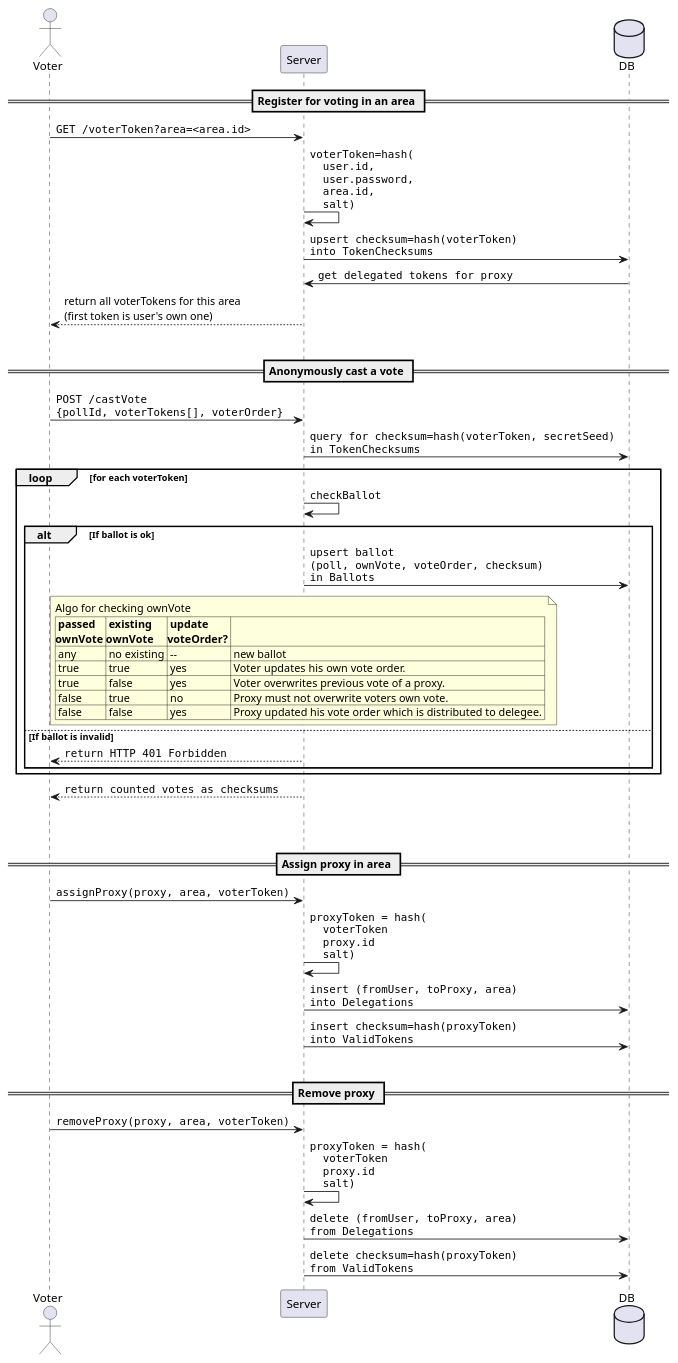
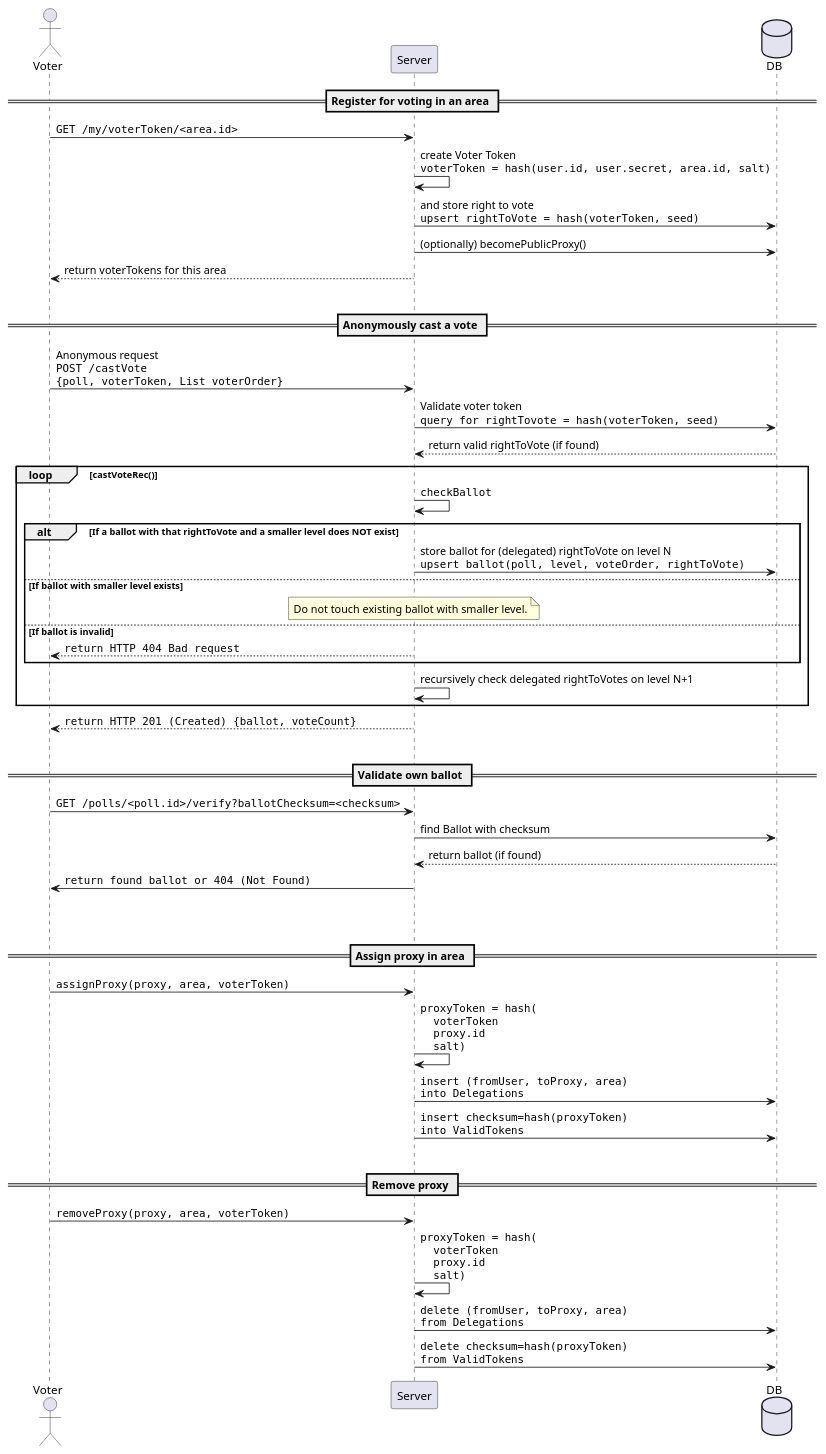
Before and after one commit to Doogiemuc/liquido-vue-frontend: the diagram in doc/Cast Vote Sequence Flow.plantuml, drawn with PlantUML. The commit also changed 14 other files, not shown here.

```diff
--- a/doc/Cast Vote Sequence Flow.plantuml
+++ b/doc/Cast Vote Sequence Flow.plantuml
@@ -1,80 +1,91 @@
 @startuml
 
 actor Voter order 10
 participant Server order 30
 database DB order 40
 
 == Register for voting in an area ==
 
-Voter -> Server : ""GET /voterToken?area=<area.id>""
+Voter -> Server : ""GET /my/voterToken/<area.id>""
 
-Server -> Server : ""voterToken=hash(""\n""  user.id,""\n""  user.password,""\n""  area.id,""\n""  salt)""
+Server -> Server : create Voter Token\n""voterToken = hash(user.id, user.secret, area.id, salt)""
 
 database DB
-Server -> DB : ""upsert checksum=hash(voterToken)""\n""into TokenChecksums""
+Server -> DB : and store right to vote\n""upsert rightToVote = hash(voterToken, seed)""
 
-DB -> Server : ""get delegated tokens for proxy""
+Server -> DB : (optionally) becomePublicProxy()
 
-Voter <-- Server : return all voterTokens for this area\n(first token is user's own one)
+Voter <-- Server : return voterTokens for this area
 
 |||
 
 == Anonymously cast a vote ==
 
-Voter -> Server : ""POST /castVote""\n""{pollId, voterTokens[], voterOrder}""
+Voter -> Server : Anonymous request\n""POST /castVote""\n""{poll, voterToken, List voterOrder}""
 
-Server -> DB : ""query for checksum=hash(voterToken, secretSeed)""\n""in TokenChecksums""
+Server -> DB : Validate voter token\n""query for rightTovote = hash(voterToken, seed)""
 
-loop for each voterToken
+DB --> Server : return valid rightToVote (if found)
+
+loop castVoteRec()
 
   Server -> Server: ""checkBallot""
 
-  alt If ballot is ok
-    Server -> DB : ""upsert ballot""\n""(poll, ownVote, voteOrder, checksum)""\n""in Ballots""
+  alt If a ballot with that rightToVote and a smaller level does NOT exist
+    Server -> DB : store ballot for (delegated) rightToVote on level N\n""upsert ballot(poll, level, voteOrder, rightToVote)""
 
+  else If ballot with smaller level exists
     note over Server
-      Algo for checking ownVote
-      |= passed\nownVote |= existing\nownVote |= update\nvoteOrder? | |
-      | any   | no existing | -- | new ballot |
-      | true  | true  | yes | Voter updates his own vote order. |
-      | true  | false | yes | Voter overwrites previous vote of a proxy. |
-      | false | true  | no  | Proxy must not overwrite voters own vote. |
-      | false | false | yes | Proxy updated his vote order which is distributed to delegee. |
+      Do not touch existing ballot with smaller level.
     end note
 
   else If ballot is invalid
-    Voter <-- Server : ""return HTTP 401 Forbidden""
+    Voter <-- Server : ""return HTTP 404 Bad request""
   end
+
+  Server -> Server : recursively check delegated rightToVotes on level N+1
 
 end
 
-Voter <-- Server : ""return counted votes as checksums""
+Voter <-- Server : ""return HTTP 201 (Created) {ballot, voteCount}""
+
+|||
+
+== Validate own ballot ==
+
+Voter -> Server: ""GET /polls/<poll.id>/verify?ballotChecksum=<checksum>""
+
+Server -> DB : find Ballot with checksum
+
+DB --> Server : return ballot (if found)
+
+Server -> Voter : ""return found ballot or 404 (Not Found)""
 
 
 ||50||
 
 == Assign proxy in area ==
 
 Voter -> Server : ""assignProxy(proxy, area, voterToken)""
 
 Server -> Server : ""proxyToken = hash(""\n""  voterToken""\n""  proxy.id""\n""  salt)""
 
 Server -> DB : ""insert (fromUser, toProxy, area)""\n""into Delegations""
 
 Server -> DB : ""insert checksum=hash(proxyToken)""\n""into ValidTokens""
 
 |||
 
 == Remove proxy ==
 
 Voter -> Server : ""removeProxy(proxy, area, voterToken)""
 
 Server -> Server : ""proxyToken = hash(""\n""  voterToken""\n""  proxy.id""\n""  salt)""
 
 Server -> DB : ""delete (fromUser, toProxy, area)""\n""from Delegations""
 
 Server -> DB : ""delete checksum=hash(proxyToken)""\n""from ValidTokens""
 
 
 
 @enduml
```
